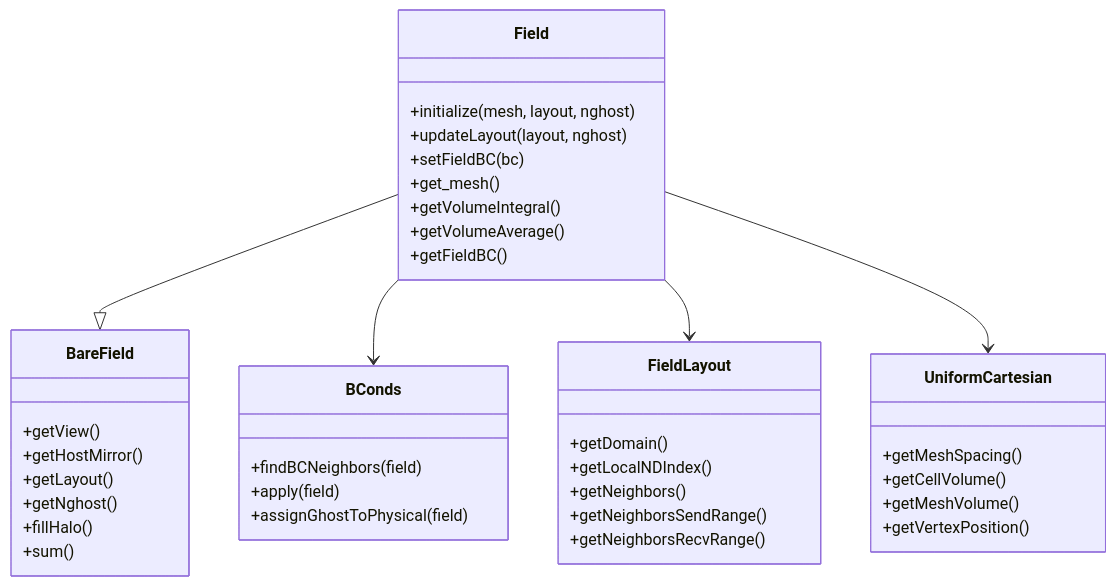
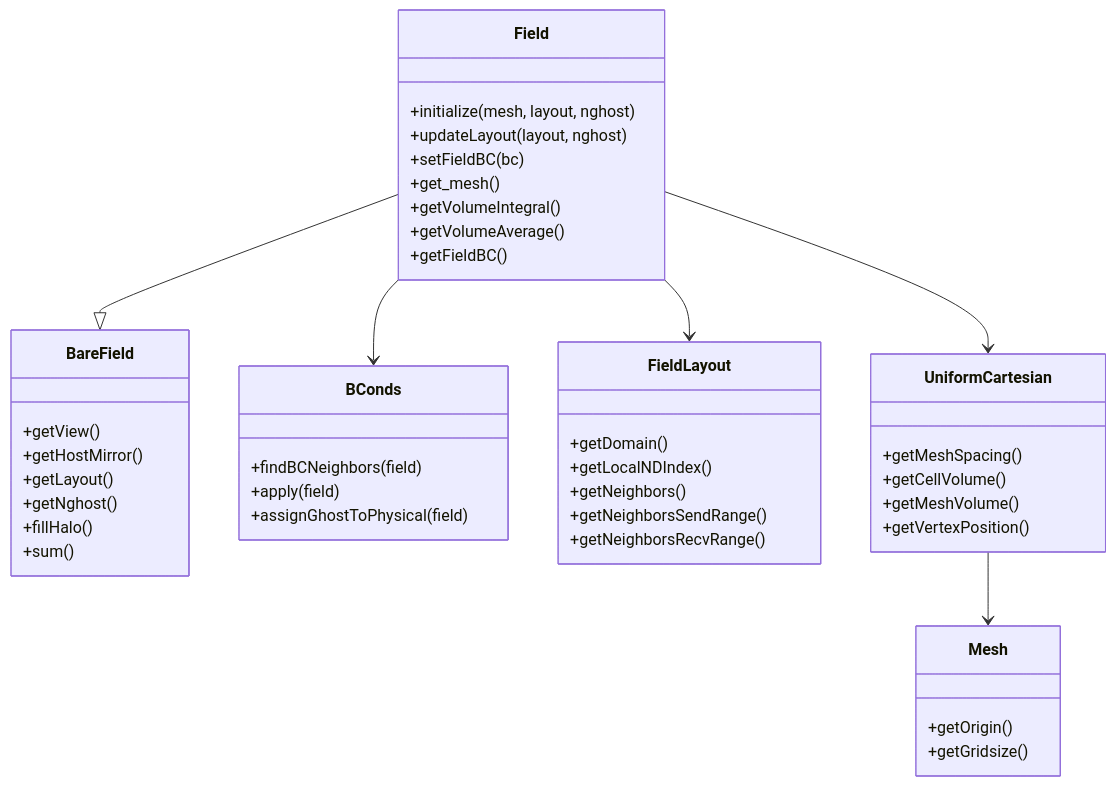
Before and after one commit to IPPL-framework/Manual: the diagram in sections/fields/index.qmd, drawn with Mermaid. The commit also changed other lines of this file, not shown here.

````diff
--- a/sections/fields/index.qmd
+++ b/sections/fields/index.qmd
@@ -18,43 +18,49 @@
 ```{mermaid}
 classDiagram
   class BareField {
     +getView()
     +getHostMirror()
     +getLayout()
     +getNghost()
     +fillHalo()
     +sum()
   }
   class Field {
     +initialize(mesh, layout, nghost)
     +updateLayout(layout, nghost)
     +setFieldBC(bc)
     +get_mesh()
     +getVolumeIntegral()
     +getVolumeAverage()
     +getFieldBC()
   }
   class BConds {
     +findBCNeighbors(field)
     +apply(field)
     +assignGhostToPhysical(field)
   }
   class FieldLayout {
     +getDomain()
     +getLocalNDIndex()
     +getNeighbors()
     +getNeighborsSendRange()
     +getNeighborsRecvRange()
   }
   class UniformCartesian {
     +getMeshSpacing()
     +getCellVolume()
     +getMeshVolume()
     +getVertexPosition()
   }
+  class Mesh {
+    +getOrigin()
+    +getGridsize()
+  }
+
 
   Field --|> BareField
   Field --> BConds
   Field --> FieldLayout
   Field --> UniformCartesian
+  UniformCartesian --> Mesh
 ```
````
